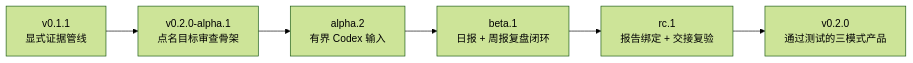
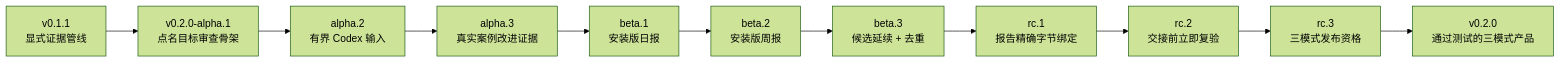
The diagram in UPDATE_MAP.zh-CN.md (adand-91/gpt-6-astra-skill), drawn with Mermaid (forest theme) before and after one commit. The commit also changed other lines of this file and 8 other files, not shown here.

````diff
--- a/UPDATE_MAP.zh-CN.md
+++ b/UPDATE_MAP.zh-CN.md
@@ -13,8 +14,13 @@
 ```mermaid
 flowchart LR
     A["v0.1.1<br/>显式证据管线"] --> B["v0.2.0-alpha.1<br/>点名目标审查骨架"]
     B --> C["alpha.2<br/>有界 Codex 输入"]
-    C --> D["beta.1<br/>日报 + 周报复盘闭环"]
-    D --> E["rc.1<br/>报告绑定 + 交接复验"]
-    E --> F["v0.2.0<br/>通过测试的三模式产品"]
+    C --> D["alpha.3<br/>真实案例改进证据"]
+    D --> E["beta.1<br/>安装版日报"]
+    E --> F["beta.2<br/>安装版周报"]
+    F --> G["beta.3<br/>候选延续 + 去重"]
+    G --> H["rc.1<br/>报告精确字节绑定"]
+    H --> I["rc.2<br/>交接前立即复验"]
+    I --> J["rc.3<br/>三模式发布资格"]
+    J --> K["v0.2.0<br/>通过测试的三模式产品"]
 ```
````
